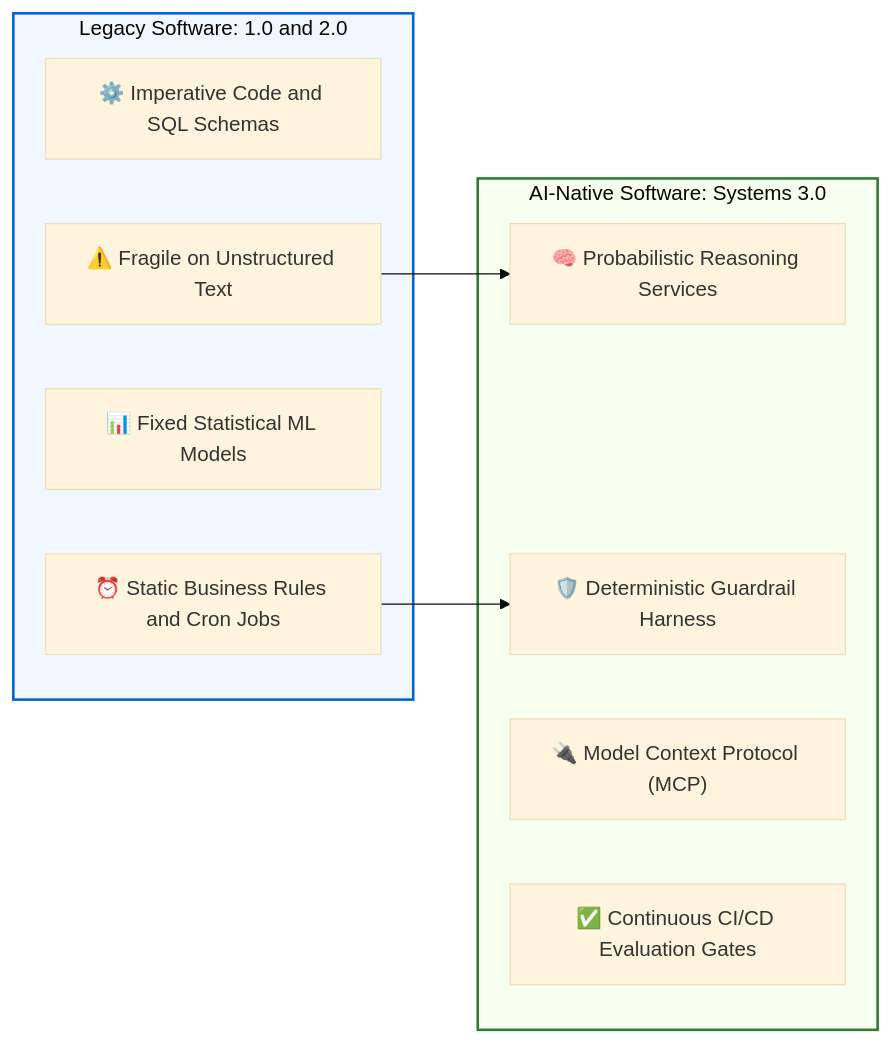
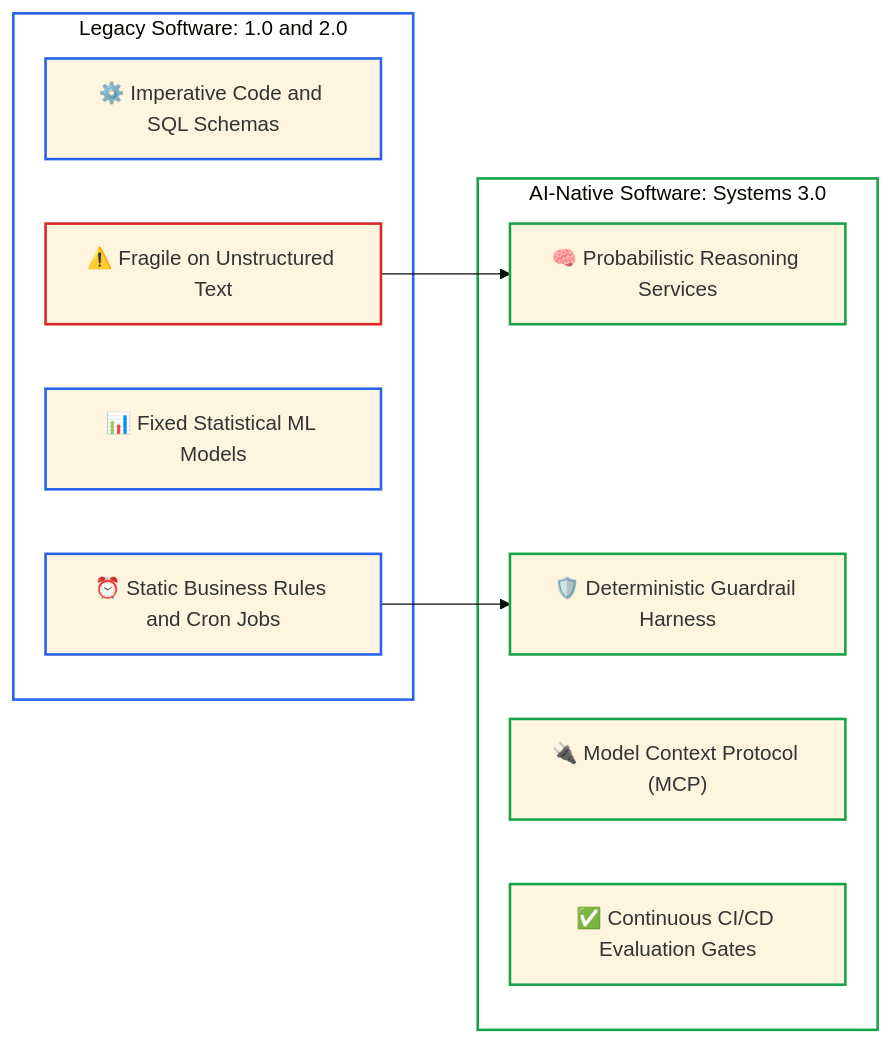
Before and after one commit to dip4k/senior-engineer-to-ai-engineer-roadmap: the first of 4 diagrams in senior-transition-guide.md, drawn with Mermaid (base theme). The commit also changed other lines of this file and 49 other files, not shown here.

First line of the commit message:
feat(curriculum): complete 2026 refactoring across roadmaps, use-cases, labs, and agent-forge

````diff
--- a/senior-transition-guide.md
+++ b/senior-transition-guide.md
@@ -8,22 +9,30 @@
 ```mermaid
 flowchart LR
-    subgraph NonAI["Legacy Software: 1.0 and 2.0"]
+    subgraph NonAI ["Legacy Software: 1.0 and 2.0"]
         B1["⚙️ Imperative Code and SQL Schemas"]
         B2["⏰ Static Business Rules and Cron Jobs"]
         B3["📊 Fixed Statistical ML Models"]
         B4["⚠️ Fragile on Unstructured Text"]
     end
     
-    subgraph AISolution["AI-Native Software: Systems 3.0"]
+    subgraph AISolution ["AI-Native Software: Systems 3.0"]
         A1["🧠 Probabilistic Reasoning Services"]
         A2["🛡️ Deterministic Guardrail Harness"]
         A3["🔌 Model Context Protocol (MCP)"]
         A4["✅ Continuous CI/CD Evaluation Gates"]
     end
 
     B2 --> A2
     B4 --> A1
 
-    style NonAI fill:#f0f7ff,stroke:#0066cc,stroke-width:2px
-    style AISolution fill:#f6fff0,stroke:#2e7d32,stroke-width:2px
+    style NonAI fill:none,stroke:#2563eb,stroke-width:2px
+    style AISolution fill:none,stroke:#16a34a,stroke-width:2px
+    style B1 stroke:#2563eb,stroke-width:2px
+    style B2 stroke:#2563eb,stroke-width:2px
+    style B3 stroke:#2563eb,stroke-width:2px
+    style B4 stroke:#dc2626,stroke-width:2px
+    style A1 stroke:#16a34a,stroke-width:2px
+    style A2 stroke:#16a34a,stroke-width:2px
+    style A3 stroke:#16a34a,stroke-width:2px
+    style A4 stroke:#16a34a,stroke-width:2px
 ```
````
